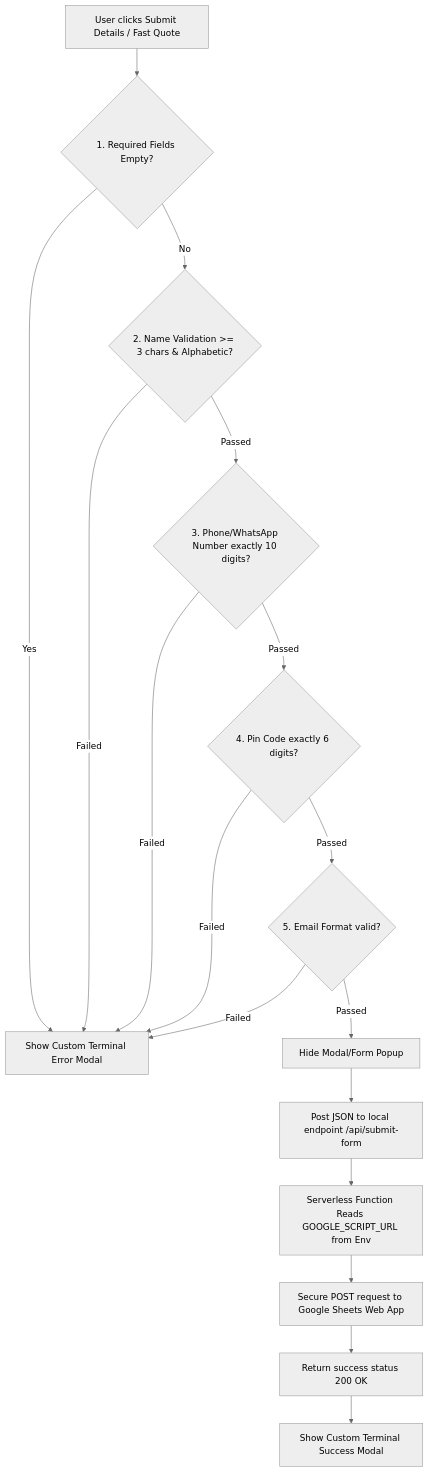
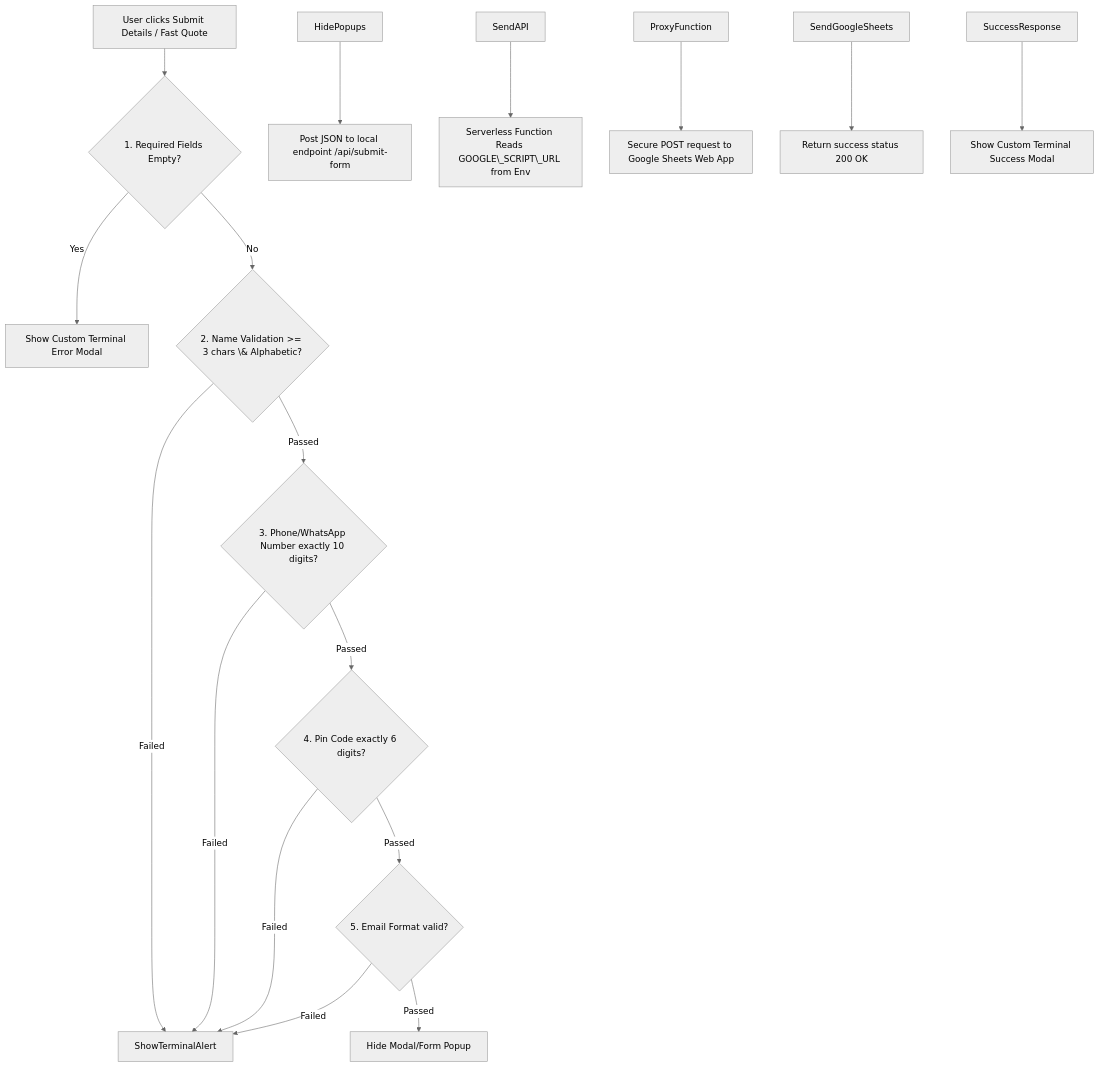
Before and after one commit to vanshpratap-lab/solarrex-web: the second of 2 diagrams in README.md, drawn with Mermaid (neutral theme). The commit also changed other lines of this file, not shown here.

````diff
--- a/README.md
+++ b/README.md
@@ -53,24 +53,24 @@
 ```mermaid
 graph TD
-    UserSubmit[User clicks Submit Details / Fast Quote] --> CheckRequired{1. Required Fields Empty?}
-    CheckRequired -- Yes --> ShowTerminalAlert[Show Custom Terminal Error Modal]
-    CheckRequired -- No --> CheckName{2. Name Validation >= 3 chars & Alphabetic?}
+    UserSubmit\[User clicks Submit Details / Fast Quote] --> CheckRequired{1. Required Fields Empty?}
+    CheckRequired -- Yes --> ShowTerminalAlert\[Show Custom Terminal Error Modal]
+    CheckRequired -- No --> CheckName{2. Name Validation >= 3 chars \& Alphabetic?}
     
     CheckName -- Failed --> ShowTerminalAlert
     CheckName -- Passed --> CheckPhone{3. Phone/WhatsApp Number exactly 10 digits?}
     
     CheckPhone -- Failed --> ShowTerminalAlert
     CheckPhone -- Passed --> CheckPincode{4. Pin Code exactly 6 digits?}
     
     CheckPincode -- Failed --> ShowTerminalAlert
     CheckPincode -- Passed --> CheckEmail{5. Email Format valid?}
     
     CheckEmail -- Failed --> ShowTerminalAlert
-    CheckEmail -- Passed --> HidePopups[Hide Modal/Form Popup]
+    CheckEmail -- Passed --> HidePopups\[Hide Modal/Form Popup]
     
-    HidePopups --> SendAPI[Post JSON to local endpoint /api/submit-form]
-    SendAPI --> ProxyFunction[Serverless Function Reads GOOGLE_SCRIPT_URL from Env]
-    ProxyFunction --> SendGoogleSheets[Secure POST request to Google Sheets Web App]
-    SendGoogleSheets --> SuccessResponse[Return success status 200 OK]
-    SuccessResponse --> ShowSuccessTerminal[Show Custom Terminal Success Modal]
+    HidePopups --> SendAPI\[Post JSON to local endpoint /api/submit-form]
+    SendAPI --> ProxyFunction\[Serverless Function Reads GOOGLE\_SCRIPT\_URL from Env]
+    ProxyFunction --> SendGoogleSheets\[Secure POST request to Google Sheets Web App]
+    SendGoogleSheets --> SuccessResponse\[Return success status 200 OK]
+    SuccessResponse --> ShowSuccessTerminal\[Show Custom Terminal Success Modal]
 ```
````
